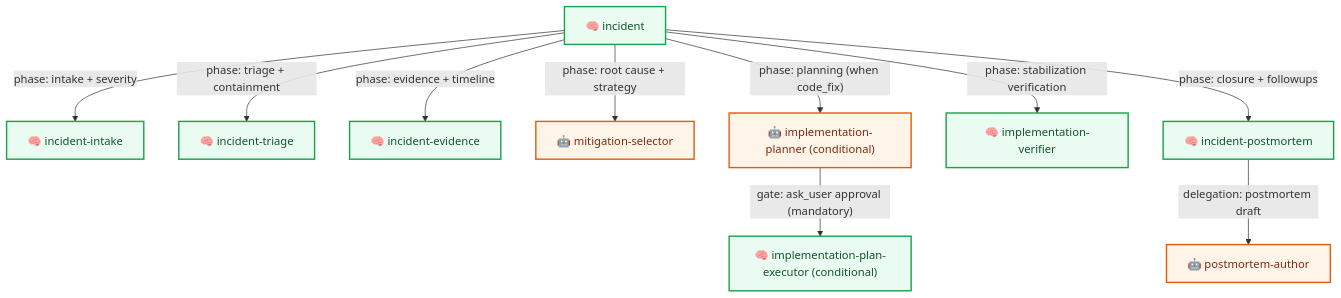
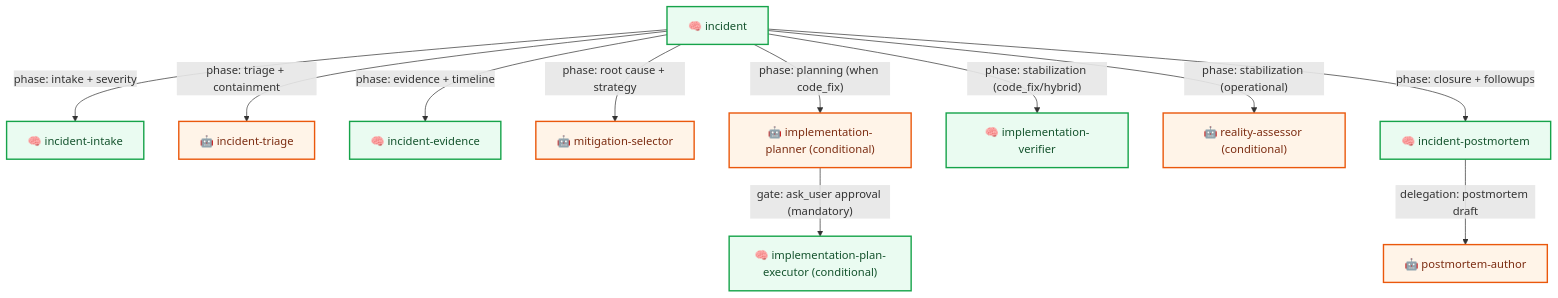
One commit to plucins/flowbit changed the eighth of 11 diagrams in docs/flow/workflows.md. Above: the diagram before and after it, drawn with Mermaid. The commit also changed other lines of this file and 6 other files, not shown here.

Commit message:
Refine incident flow and stabilization processes in documentation and diagrams

````diff
--- a/docs/flow/workflows.md
+++ b/docs/flow/workflows.md
@@ -209,17 +211,18 @@
 ```mermaid
 graph TD
   INC2["🧠 incident"] -- "phase: intake + severity" --> INTAKE_I["🧠 incident-intake"]
-  INC2 -- "phase: triage + containment" --> TRIAGE_I["🧠 incident-triage"]
+  INC2 -- "phase: triage + containment" --> TRIAGE_I["🤖 incident-triage"]
   INC2 -- "phase: evidence + timeline" --> EVID_I["🧠 incident-evidence"]
   INC2 -- "phase: root cause + strategy" --> MITSEL_I["🤖 mitigation-selector"]
   INC2 -- "phase: planning (when code_fix)" --> PLAN_I["🤖 implementation-planner (conditional)"]
   PLAN_I -- "gate: ask_user approval (mandatory)" --> EXEC_I["🧠 implementation-plan-executor (conditional)"]
-  INC2 -- "phase: stabilization verification" --> VER_I["🧠 implementation-verifier"]
+  INC2 -- "phase: stabilization (code_fix/hybrid)" --> VER_I["🧠 implementation-verifier"]
+  INC2 -- "phase: stabilization (operational)" --> REAL_I["🤖 reality-assessor (conditional)"]
   INC2 -- "phase: closure + followups" --> POST_I["🧠 incident-postmortem"]
   POST_I -- "delegation: postmortem draft" --> PM_A["🤖 postmortem-author"]
 
   classDef skill fill:#EAFBF1,stroke:#16A34A,stroke-width:2px,color:#14532D;
   classDef agent fill:#FFF4E8,stroke:#EA580C,stroke-width:2px,color:#7C2D12;
-  class INC2,INTAKE_I,TRIAGE_I,EVID_I,EXEC_I,VER_I,POST_I skill;
-  class MITSEL_I,PLAN_I,PM_A agent;
+  class INC2,INTAKE_I,EVID_I,EXEC_I,VER_I,POST_I skill;
+  class MITSEL_I,PLAN_I,PM_A,TRIAGE_I,REAL_I agent;
 ```
````
